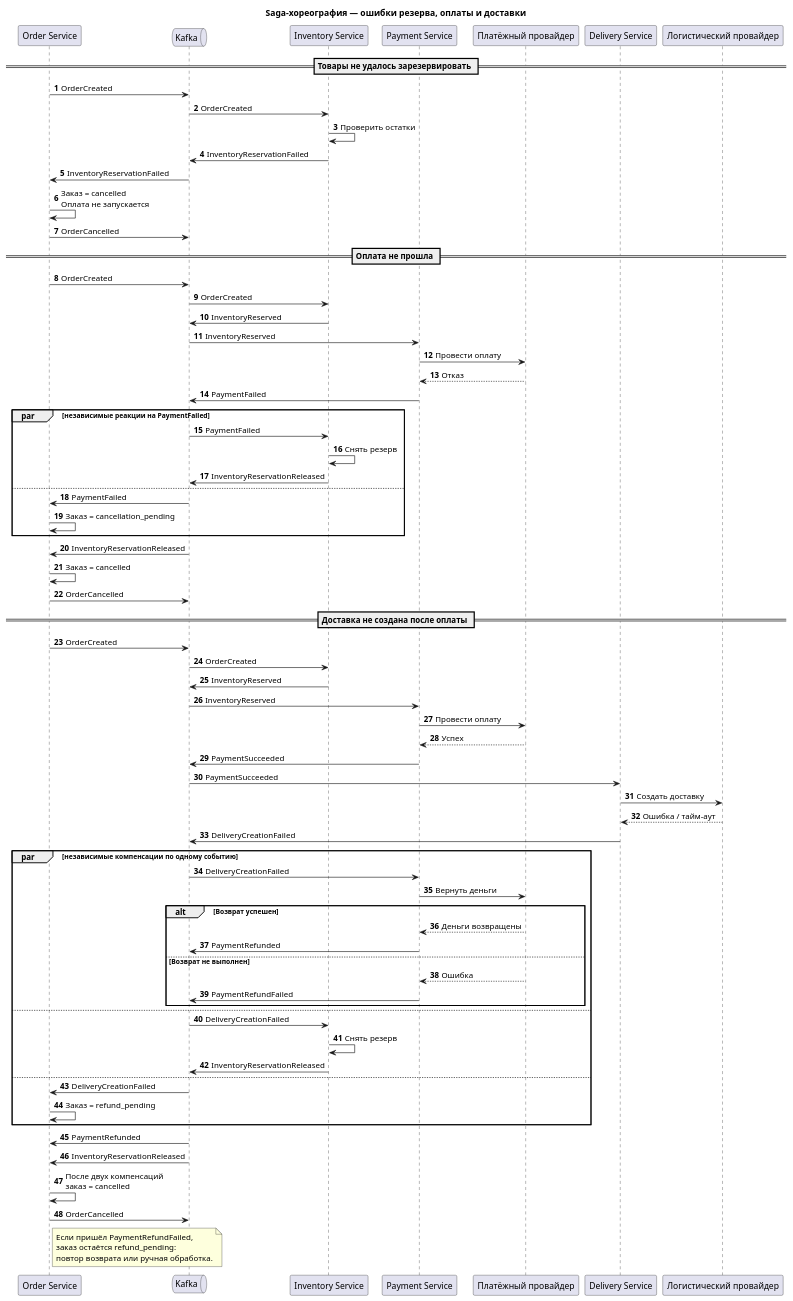
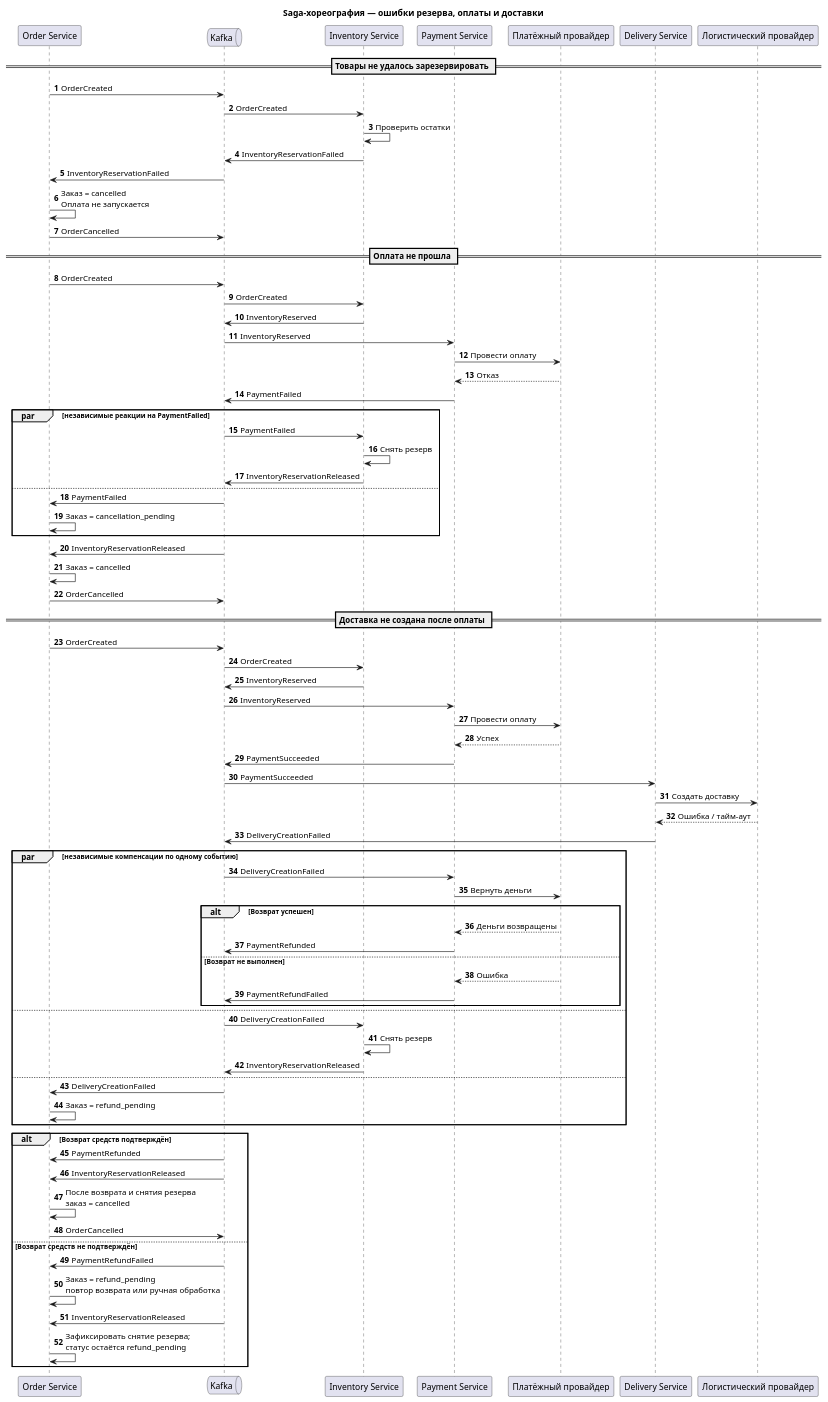
Before and after one commit to FFinn/MSA-3-NovaMarket-v1: the diagram in Task1/saga-failures.puml, drawn with PlantUML.

Commit message:
Finalize Task1/saga-failures.puml: align implementation with assignment requirements

```diff
--- a/Task1/saga-failures.puml
+++ b/Task1/saga-failures.puml
@@ -1,82 +1,83 @@
 @startuml
 title Saga-хореография — ошибки резерва, оплаты и доставки
 autonumber
 participant "Order Service" as O
 queue Kafka as K
 participant "Inventory Service" as I
 participant "Payment Service" as P
 participant "Платёжный провайдер" as PP
 participant "Delivery Service" as D
 participant "Логистический провайдер" as LP
 
 == Товары не удалось зарезервировать ==
 O -> K: OrderCreated
 K -> I: OrderCreated
 I -> I: Проверить остатки
 I -> K: InventoryReservationFailed
 K -> O: InventoryReservationFailed
 O -> O: Заказ = cancelled\nОплата не запускается
 O -> K: OrderCancelled
 
 == Оплата не прошла ==
 O -> K: OrderCreated
 K -> I: OrderCreated
 I -> K: InventoryReserved
 K -> P: InventoryReserved
 P -> PP: Провести оплату
 PP --> P: Отказ
 P -> K: PaymentFailed
 par независимые реакции на PaymentFailed
   K -> I: PaymentFailed
   I -> I: Снять резерв
   I -> K: InventoryReservationReleased
 else
   K -> O: PaymentFailed
   O -> O: Заказ = cancellation_pending
 end
 K -> O: InventoryReservationReleased
 O -> O: Заказ = cancelled
 O -> K: OrderCancelled
 
 == Доставка не создана после оплаты ==
 O -> K: OrderCreated
 K -> I: OrderCreated
 I -> K: InventoryReserved
 K -> P: InventoryReserved
 P -> PP: Провести оплату
 PP --> P: Успех
 P -> K: PaymentSucceeded
 K -> D: PaymentSucceeded
 D -> LP: Создать доставку
 LP --> D: Ошибка / тайм-аут
 D -> K: DeliveryCreationFailed
 
 par независимые компенсации по одному событию
   K -> P: DeliveryCreationFailed
   P -> PP: Вернуть деньги
   alt Возврат успешен
     PP --> P: Деньги возвращены
     P -> K: PaymentRefunded
   else Возврат не выполнен
     PP --> P: Ошибка
     P -> K: PaymentRefundFailed
   end
 else
   K -> I: DeliveryCreationFailed
   I -> I: Снять резерв
   I -> K: InventoryReservationReleased
 else
   K -> O: DeliveryCreationFailed
   O -> O: Заказ = refund_pending
 end
-K -> O: PaymentRefunded
-K -> O: InventoryReservationReleased
-O -> O: После двух компенсаций\nзаказ = cancelled
-O -> K: OrderCancelled
-
-note right of O
-Если пришёл PaymentRefundFailed,
-заказ остаётся refund_pending:
-повтор возврата или ручная обработка.
-end note
+alt Возврат средств подтверждён
+  K -> O: PaymentRefunded
+  K -> O: InventoryReservationReleased
+  O -> O: После возврата и снятия резерва\nзаказ = cancelled
+  O -> K: OrderCancelled
+else Возврат средств не подтверждён
+  K -> O: PaymentRefundFailed
+  O -> O: Заказ = refund_pending\nповтор возврата или ручная обработка
+  K -> O: InventoryReservationReleased
+  O -> O: Зафиксировать снятие резерва;\nстатус остаётся refund_pending
+end
 @enduml
```
